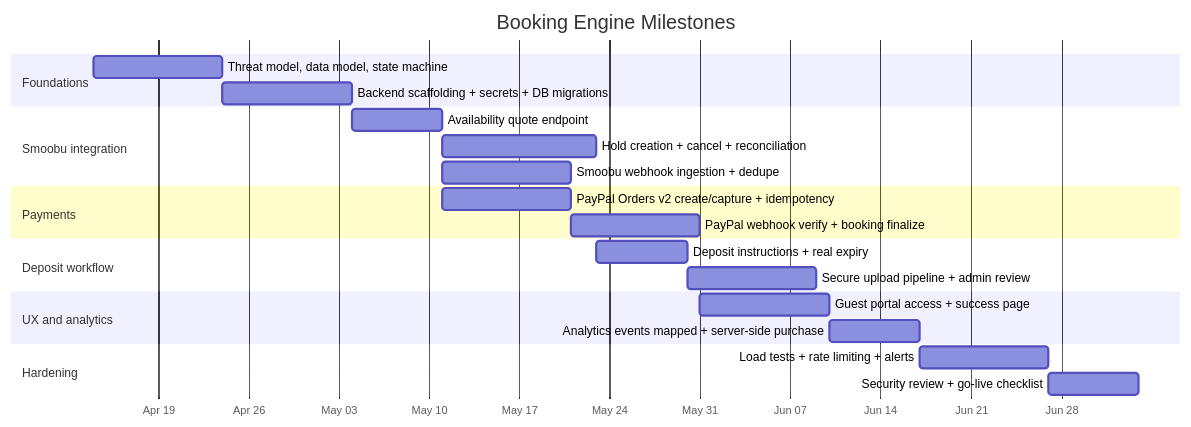
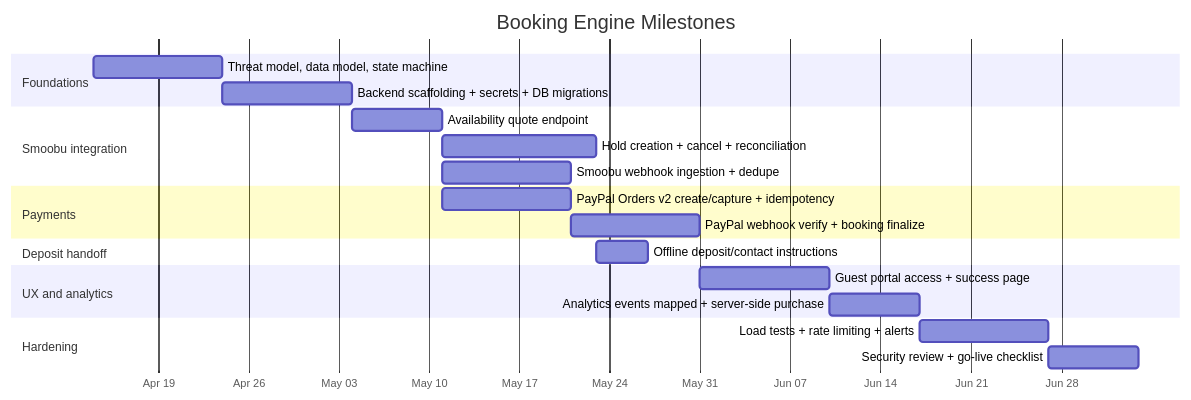
One commit to TommasoRibaudo/kalawala-web changed the third of 3 diagrams in docs/own_booking_engine/plan.md. Above: the diagram before and after it, drawn with Mermaid. The commit also changed other lines of this file and 4 other files, not shown here.

````diff
--- a/docs/own_booking_engine/plan.md
+++ b/docs/own_booking_engine/plan.md
@@ -878,31 +843,30 @@
 ```mermaid
 gantt
   title Booking Engine Milestones
   dateFormat  YYYY-MM-DD
   axisFormat  %b %d
 
   section Foundations
   Threat model, data model, state machine        :a1, 2026-04-14, 10d
   Backend scaffolding + secrets + DB migrations  :a2, after a1, 10d
 
   section Smoobu integration
   Availability quote endpoint                    :b1, after a2, 7d
   Hold creation + cancel + reconciliation        :b2, after b1, 12d
   Smoobu webhook ingestion + dedupe              :b3, after b1, 10d
 
   section Payments
   PayPal Orders v2 create/capture + idempotency  :c1, after b1, 10d
   PayPal webhook verify + booking finalize       :c2, after c1, 10d
 
-  section Deposit workflow
-  Deposit instructions + real expiry             :d1, after b2, 7d
-  Secure upload pipeline + admin review          :d2, after d1, 10d
+  section Deposit handoff
+  Offline deposit/contact instructions           :d1, after b2, 4d
 
   section UX and analytics
   Guest portal access + success page             :e1, after c2, 10d
   Analytics events mapped + server-side purchase :e2, after e1, 7d
 
   section Hardening
   Load tests + rate limiting + alerts            :f1, after e2, 10d
   Security review + go-live checklist            :f2, after f1, 7d
 ```
````
